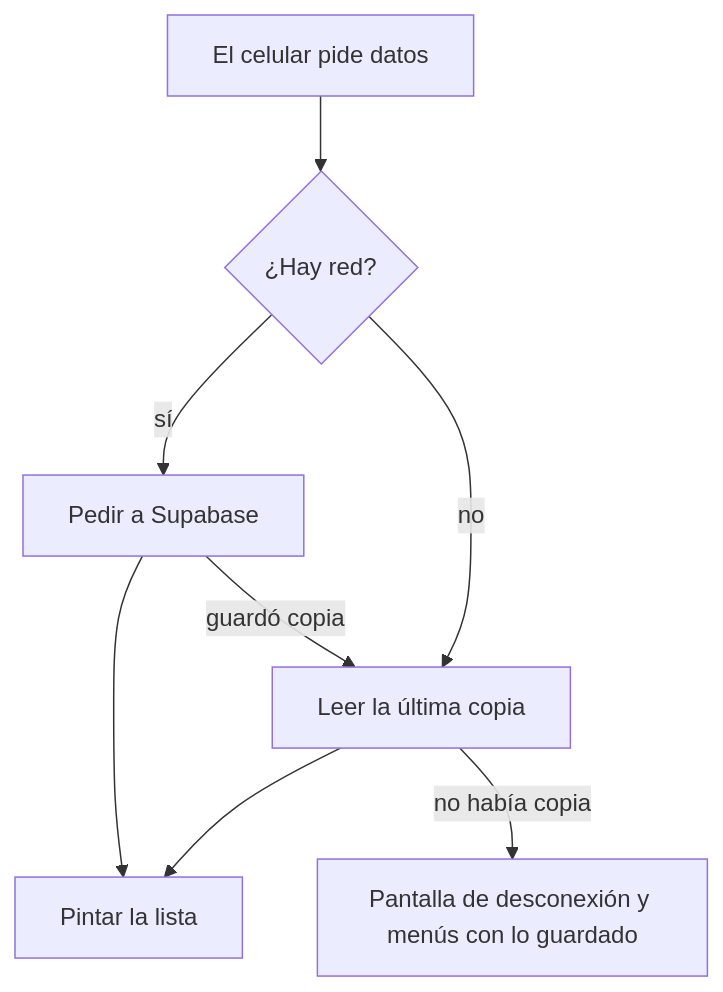
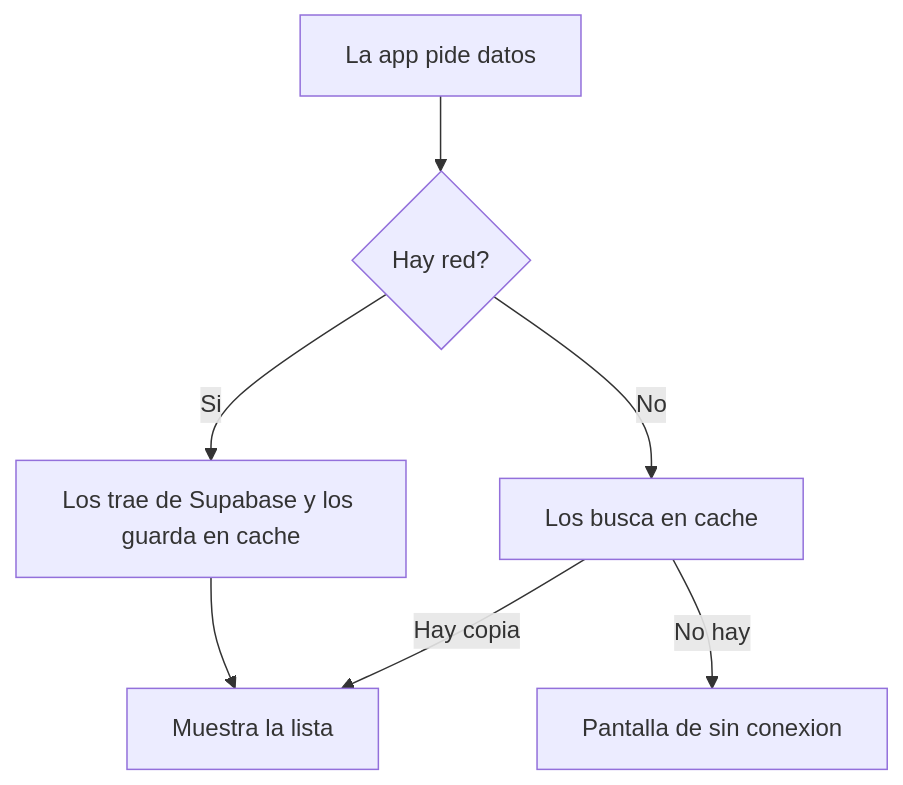
The fifth of 6 diagrams in README.md (Elmuuquienmas/PWAKimaya), drawn with Mermaid before and after one commit. The commit also changed other lines of this file, not shown here.

````diff
--- a/README.md
+++ b/README.md
@@ -347,17 +313,9 @@
 ```mermaid
 flowchart TD
-  pedido["El celular pide datos"]
-  red{"¿Hay red?"}
-  api["Pedir a Supabase"]
-  cache["Leer la última copia"]
-  ui["Pintar la lista"]
-  aviso["Pantalla de desconexión y menús con lo guardado"]
-
-  pedido --> red
-  red -->|sí| api
-  api --> ui
-  api -->|guardó copia| cache
-  red -->|no| cache
-  cache --> ui
-  cache -->|no había copia| aviso
+  A[La app pide datos] --> B{Hay red?}
+  B -->|Si| C[Los trae de Supabase y los guarda en cache]
+  B -->|No| D[Los busca en cache]
+  C --> E[Muestra la lista]
+  D -->|Hay copia| E
+  D -->|No hay| F[Pantalla de sin conexion]
 ```
````
